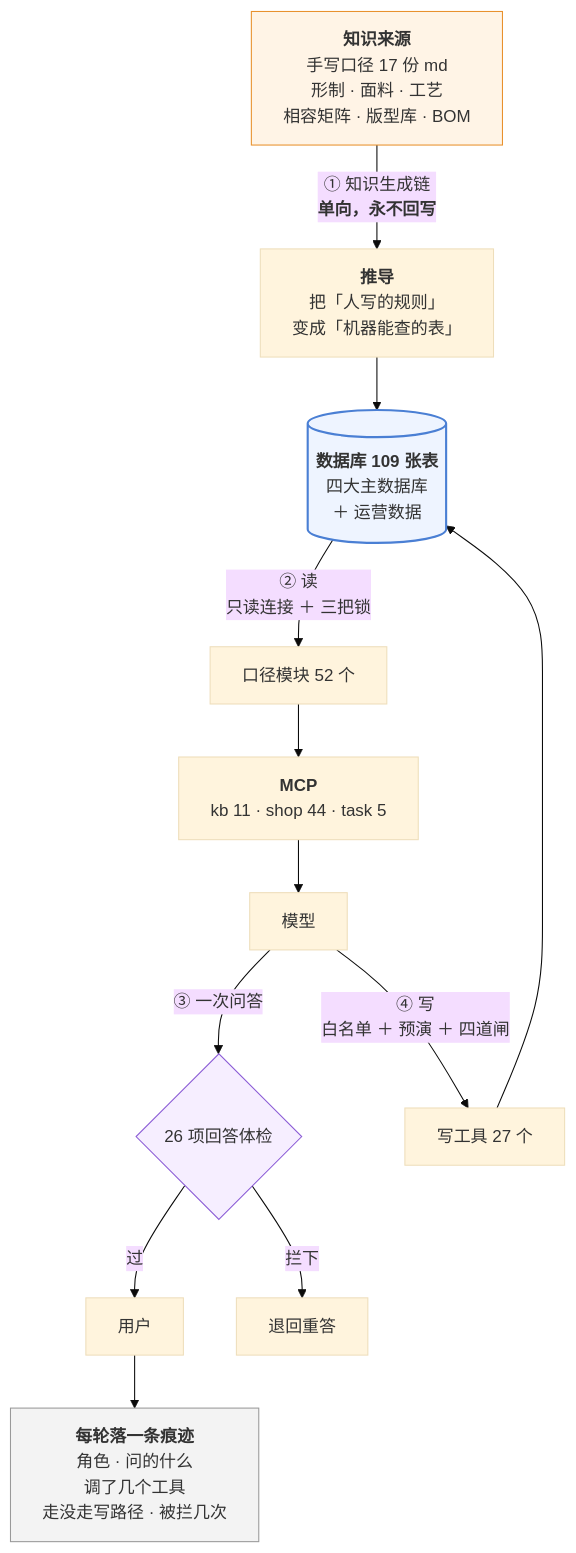
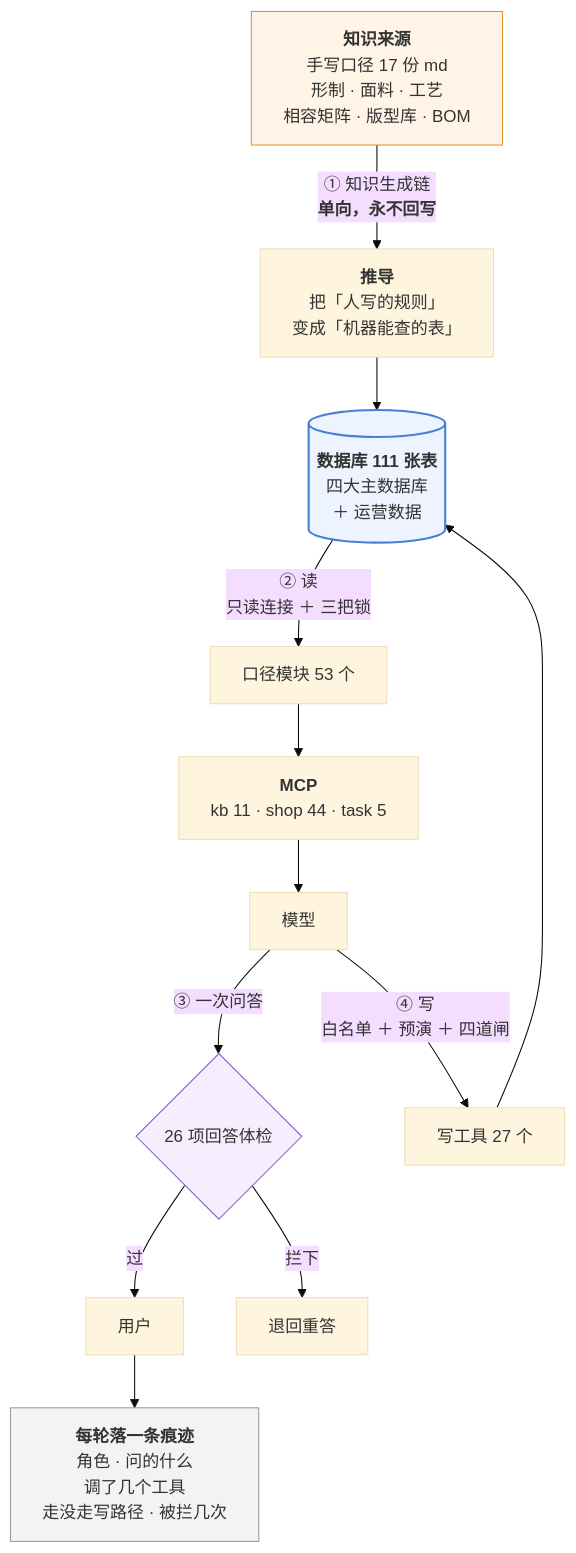
One commit to 843773296-rgb/lanxiu-yunshang-agent changed the third of 3 diagrams in 澜绣云裳agent-产品说明.md. Above: the diagram before and after it, drawn with Mermaid (base theme). The commit also changed other lines of this file and 13 other files, not shown here.

````diff
--- a/澜绣云裳agent-产品说明.md
+++ b/澜绣云裳agent-产品说明.md
@@ -969,24 +969,24 @@
 ```mermaid
 flowchart TD
     MD["<b>知识来源</b><br/>手写口径 17 份 md<br/>形制 · 面料 · 工艺<br/>相容矩阵 · 版型库 · BOM"]
     MD -->|"① 知识生成链<br/><b>单向，永不回写</b>"| DV["<b>推导</b><br/>把「人写的规则」<br/>变成「机器能查的表」"]
-    DV --> DB[("<b>数据库 109 张表</b><br/>四大主数据库<br/>＋ 运营数据")]
+    DV --> DB[("<b>数据库 111 张表</b><br/>四大主数据库<br/>＋ 运营数据")]
 
-    DB -->|"② 读<br/>只读连接 ＋ 三把锁"| KJ["口径模块 52 个"]
+    DB -->|"② 读<br/>只读连接 ＋ 三把锁"| KJ["口径模块 53 个"]
     KJ --> MCP["<b>MCP</b><br/>kb 11 · shop 44 · task 5"]
     MCP --> LLM["模型"]
 
     LLM -->|"③ 一次问答"| GD{"26 项回答体检"}
     GD -- 过 --> U["用户"]
     GD -- 拦下 --> RE["退回重答"]
 
     LLM -->|"④ 写<br/>白名单 ＋ 预演 ＋ 四道闸"| W["写工具 27 个"]
     W --> DB
 
     U --> TR["<b>每轮落一条痕迹</b><br/>角色 · 问的什么<br/>调了几个工具<br/>走没走写路径 · 被拦几次"]
 
     style MD fill:#fff4e6,stroke:#e8912d
     style DB fill:#eef4ff,stroke:#4a7fd4,stroke-width:2px
     style GD fill:#f6eeff,stroke:#8b5cd6
     style TR fill:#f3f3f3,stroke:#999
 ```
````
